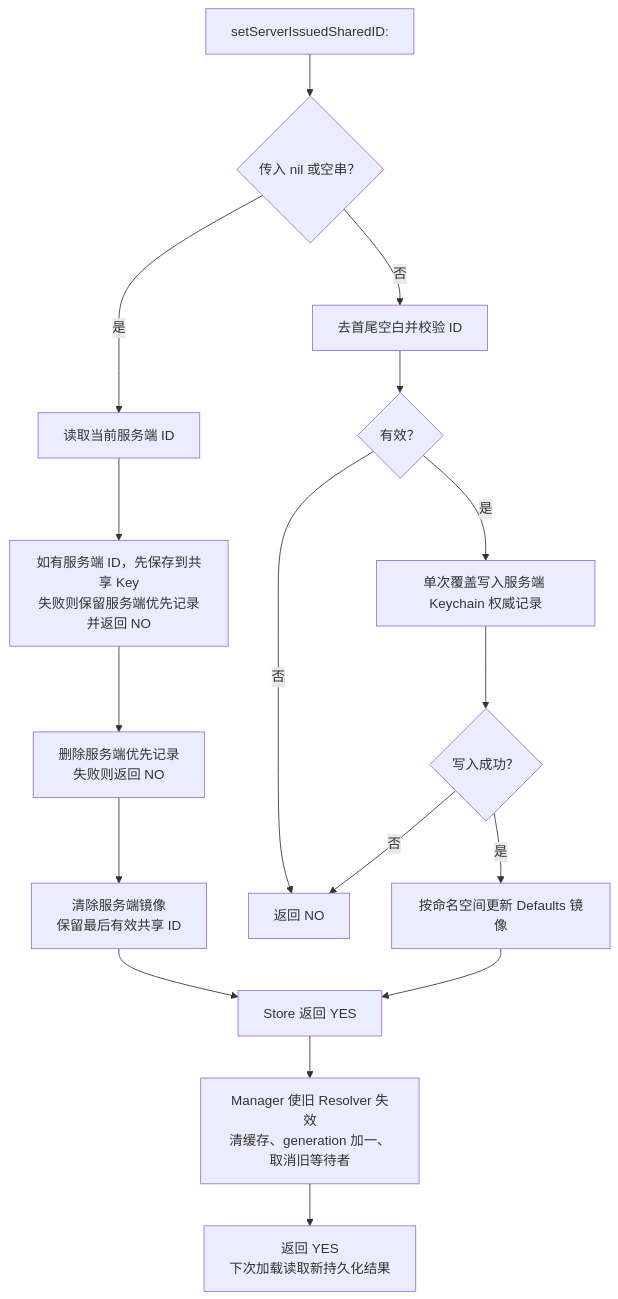
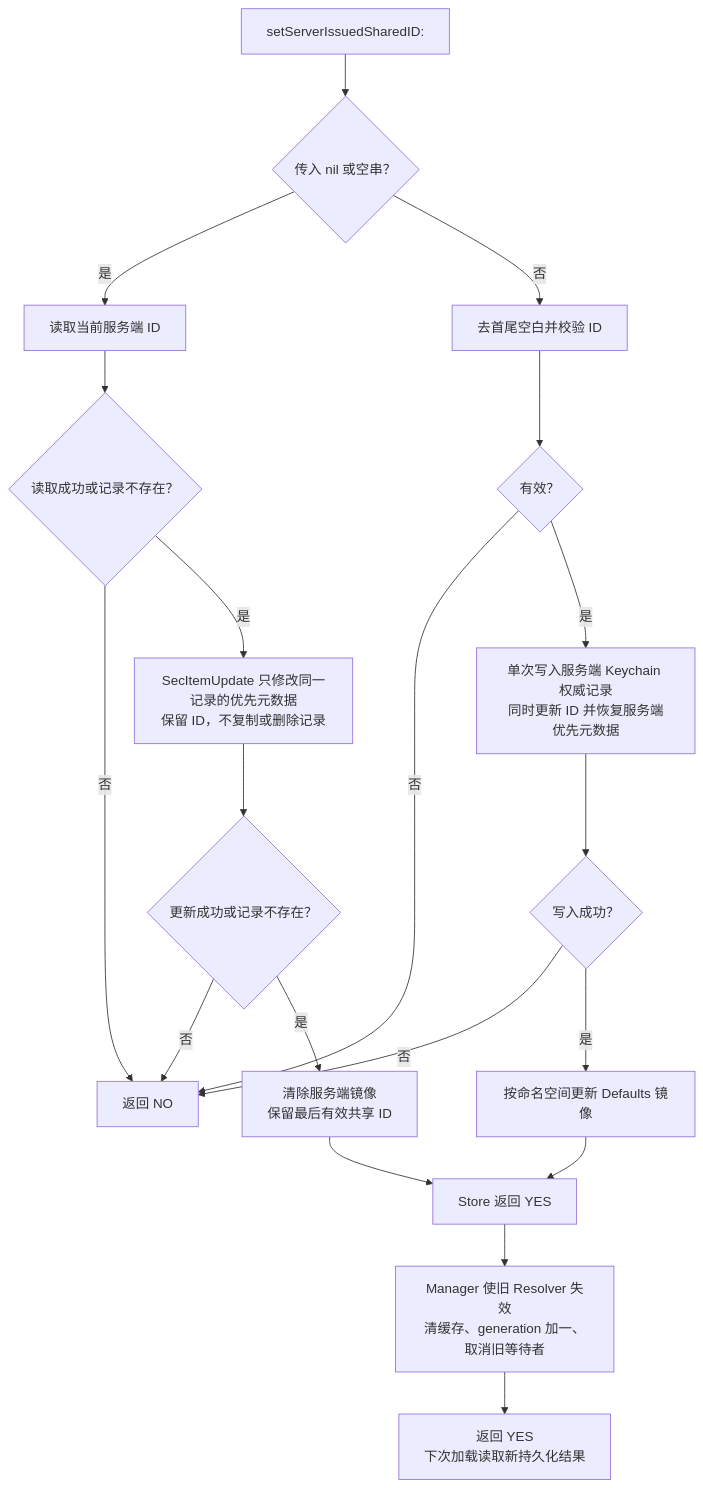
Diagram 14 of 14 in PBCrossAppUniqueDeviceIdentifier/Docs/FeatureFlows.md (shanbozhu/TestOC), drawn with Mermaid before and after one commit. The commit also changed other lines of this file and 7 other files, not shown here.

````diff
--- a/PBCrossAppUniqueDeviceIdentifier/Docs/FeatureFlows.md
+++ b/PBCrossAppUniqueDeviceIdentifier/Docs/FeatureFlows.md
@@ -385,19 +397,22 @@
 ```mermaid
 flowchart TD
     Start["setServerIssuedSharedID:"] --> Empty{"传入 nil 或空串？"}
     Empty -->|是| Read["读取当前服务端 ID"]
-    Read --> Copy["如有服务端 ID，先保存到共享 Key<br/>失败则保留服务端优先记录并返回 NO"]
-    Copy --> Remove["删除服务端优先记录<br/>失败则返回 NO"]
-    Remove --> MirrorPreserved["清除服务端镜像<br/>保留最后有效共享 ID"]
+    Read --> ReadOK{"读取成功或记录不存在？"}
+    ReadOK -->|否| Fail["返回 NO"]
+    ReadOK -->|是| Remove["SecItemUpdate 只修改同一记录的优先元数据<br/>保留 ID，不复制或删除记录"]
+    Remove --> Removed{"更新成功或记录不存在？"}
+    Removed -->|否| Fail
+    Removed -->|是| MirrorPreserved["清除服务端镜像<br/>保留最后有效共享 ID"]
     MirrorPreserved --> Success["Store 返回 YES"]
     Empty -->|否| Validate["去首尾空白并校验 ID"]
     Validate --> Valid{"有效？"}
-    Valid -->|否| Fail["返回 NO"]
-    Valid -->|是| Server["单次覆盖写入服务端 Keychain 权威记录"]
+    Valid -->|否| Fail
+    Valid -->|是| Server["单次写入服务端 Keychain 权威记录<br/>同时更新 ID 并恢复服务端优先元数据"]
     Server --> ServerOK{"写入成功？"}
     ServerOK -->|否| Fail
     ServerOK -->|是| Mirror["按命名空间更新 Defaults 镜像"]
     Mirror --> Success
     Success --> Reset["Manager 使旧 Resolver 失效<br/>清缓存、generation 加一、取消旧等待者"]
     Reset --> Done["返回 YES<br/>下次加载读取新持久化结果"]
 ```
````
